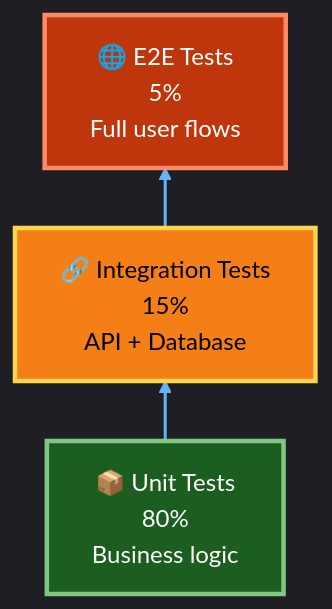
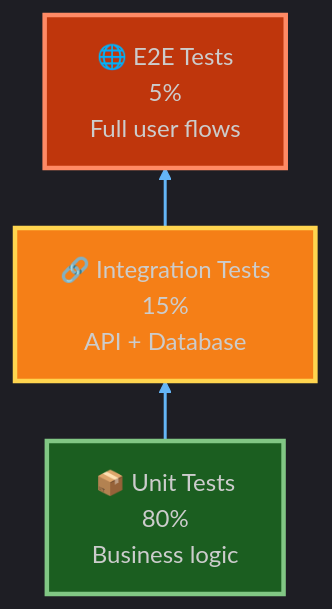
One commit to veics/rage_pitch changed the third of 3 diagrams in docs/DEVELOPMENT.md. Above: the diagram before and after it, drawn with Mermaid. The commit also changed other lines of this file and 8 other files, not shown here.

````diff
--- a/docs/DEVELOPMENT.md
+++ b/docs/DEVELOPMENT.md
@@ -801,16 +801,16 @@
 ```mermaid
-%%{init: {'theme':'dark', 'flowchart': {'nodeSpacing': 30, 'rankSpacing': 40, 'curve': 'basis'}}}%%
+%%{init: {'theme':'dark', 'flowchart': {'nodeSpacing': 30, 'rankSpacing': 40, 'curve': 'basis'}, 'themeVariables': {'labelBackground':'rgba(38, 50, 56, 0.1)'}}}%%
 graph BT
     %% Title: Test Pyramid - 80-15-5 Distribution
     Unit["📦 Unit Tests<br/>80%<br/>Business logic"]:::unit
     Integration["🔗 Integration Tests<br/>15%<br/>API + Database"]:::integration
     E2E["🌐 E2E Tests<br/>5%<br/>Full user flows"]:::e2e
     
     Unit --> Integration
     Integration --> E2E
     
-    classDef unit fill:#1b5e20,stroke:#81c784,stroke-width:3px,color:#fff;
-    classDef integration fill:#f57f17,stroke:#ffd54f,stroke-width:3px,color:#000;
-    classDef e2e fill:#bf360c,stroke:#ff8a65,stroke-width:3px,color:#fff;
+    classDef unit fill:#1b5e20,stroke:#81c784,stroke-width:3px;
+    classDef integration fill:#f57f17,stroke:#ffd54f,stroke-width:3px;
+    classDef e2e fill:#bf360c,stroke:#ff8a65,stroke-width:3px;
     linkStyle default stroke:#64b5f6,stroke-width:2px;
 ```
````
